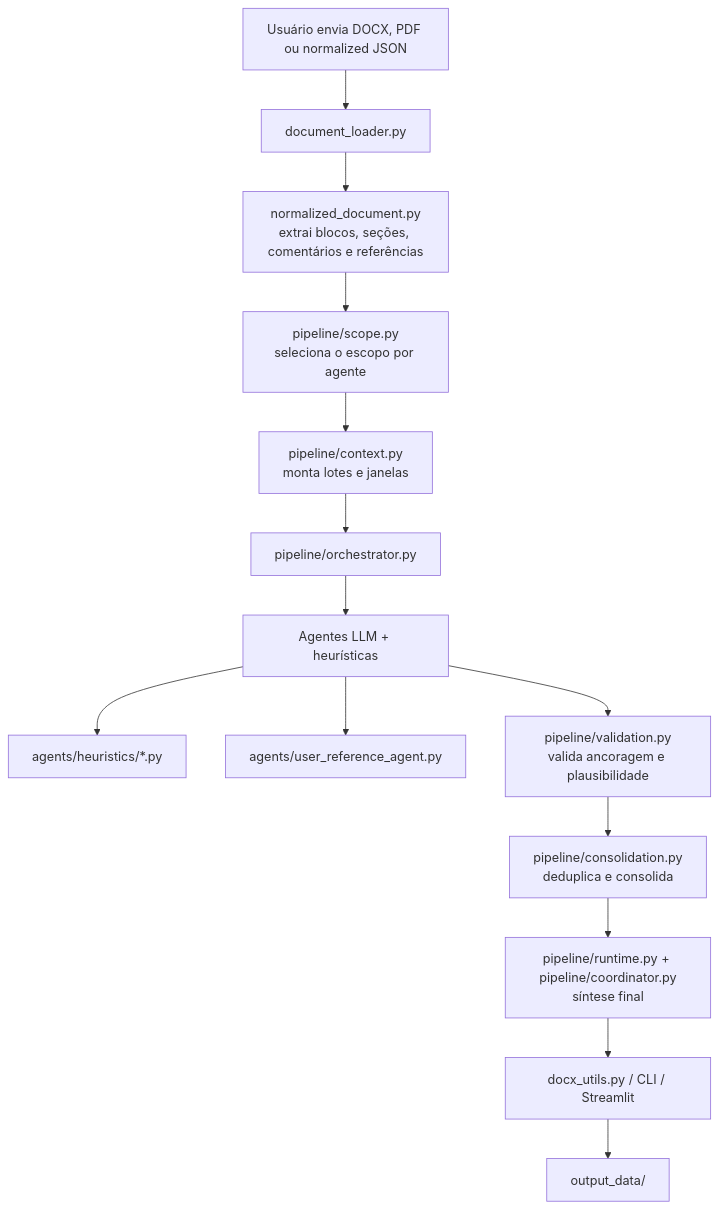
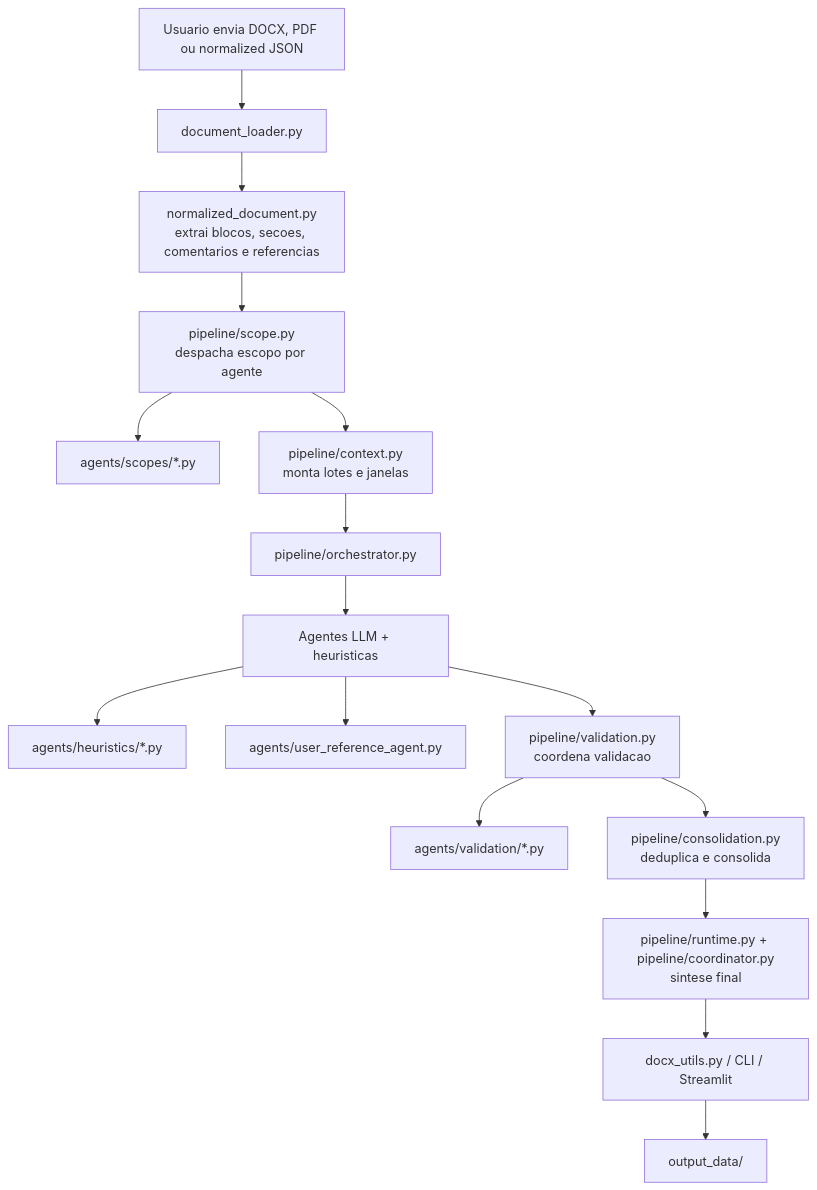
One commit to 0rakul0/IPEA_editorial changed the first of 2 diagrams in Readme.md. Above: the diagram before and after it, drawn with Mermaid. The commit also changed other lines of this file and 13 other files, not shown here.

````diff
--- a/Readme.md
+++ b/Readme.md
@@ -70,16 +106,18 @@
 ```mermaid
 flowchart TD
-    A["Usuário envia DOCX, PDF ou normalized JSON"] --> B["document_loader.py"]
-    B --> C["normalized_document.py<br/>extrai blocos, seções, comentários e referências"]
-    C --> D["pipeline/scope.py<br/>seleciona o escopo por agente"]
+    A["Usuario envia DOCX, PDF ou normalized JSON"] --> B["document_loader.py"]
+    B --> C["normalized_document.py<br/>extrai blocos, secoes, comentarios e referencias"]
+    C --> D["pipeline/scope.py<br/>despacha escopo por agente"]
+    D --> D1["agents/scopes/*.py"]
     D --> E["pipeline/context.py<br/>monta lotes e janelas"]
     E --> F["pipeline/orchestrator.py"]
-    F --> G["Agentes LLM + heurísticas"]
+    F --> G["Agentes LLM + heuristicas"]
     G --> G1["agents/heuristics/*.py"]
     G --> G2["agents/user_reference_agent.py"]
-    G --> H["pipeline/validation.py<br/>valida ancoragem e plausibilidade"]
+    G --> H["pipeline/validation.py<br/>coordena validacao"]
+    H --> H1["agents/validation/*.py"]
     H --> I["pipeline/consolidation.py<br/>deduplica e consolida"]
-    I --> J["pipeline/runtime.py + pipeline/coordinator.py<br/>síntese final"]
+    I --> J["pipeline/runtime.py + pipeline/coordinator.py<br/>sintese final"]
     J --> K["docx_utils.py / CLI / Streamlit"]
     K --> L["output_data/<artefatos>"]
 ```
````
